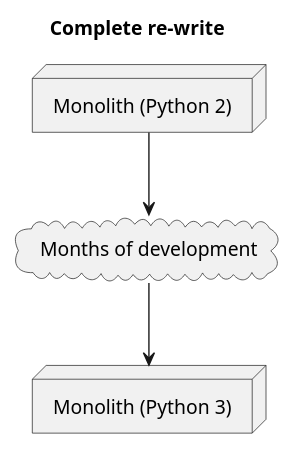
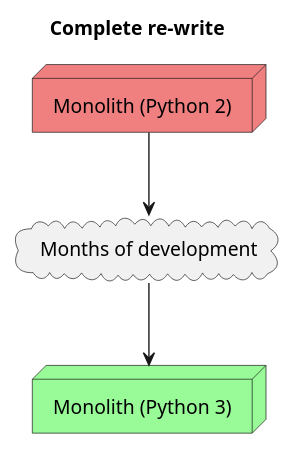
Diagram 11 of 14 in BuildingMicroservices2nd/01.adoc (grierson/books), drawn with PlantUML before and after one commit. The commit also changed other lines of this file, not shown here.

```diff
--- a/BuildingMicroservices2nd/01.adoc
+++ b/BuildingMicroservices2nd/01.adoc
@@ -261,13 +282,13 @@
 [plantuml]
 ----
 @startuml
 title Complete re-write
 
-node s1 as "Monolith (Python 2)"
-node s2 as "Monolith (Python 3)"
+node s1 as "Monolith (Python 2)" #lightcoral
+node s2 as "Monolith (Python 3)" #palegreen
 cloud months as "Months of development"
 
 s1 --> months
 months --> s2
 @enduml
 ----
```
